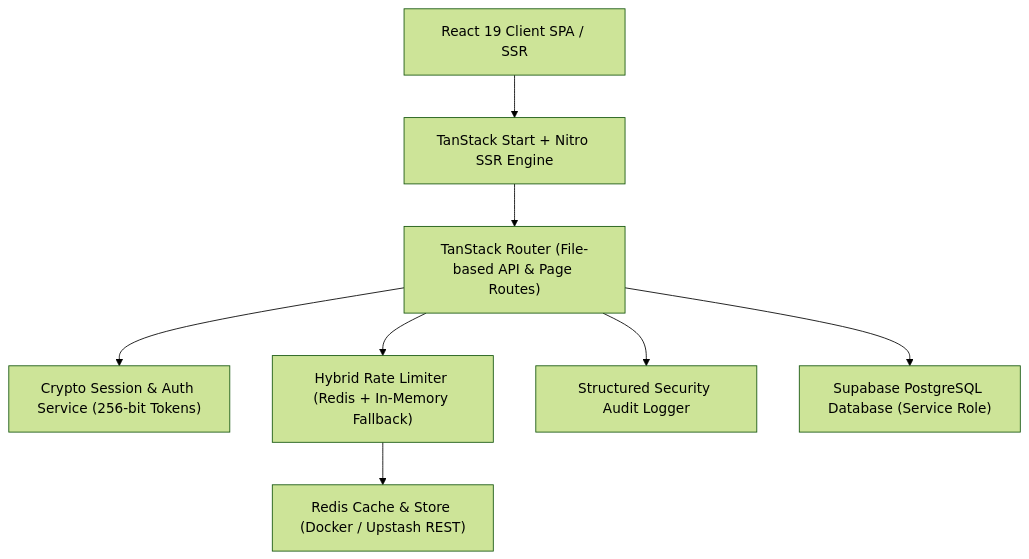
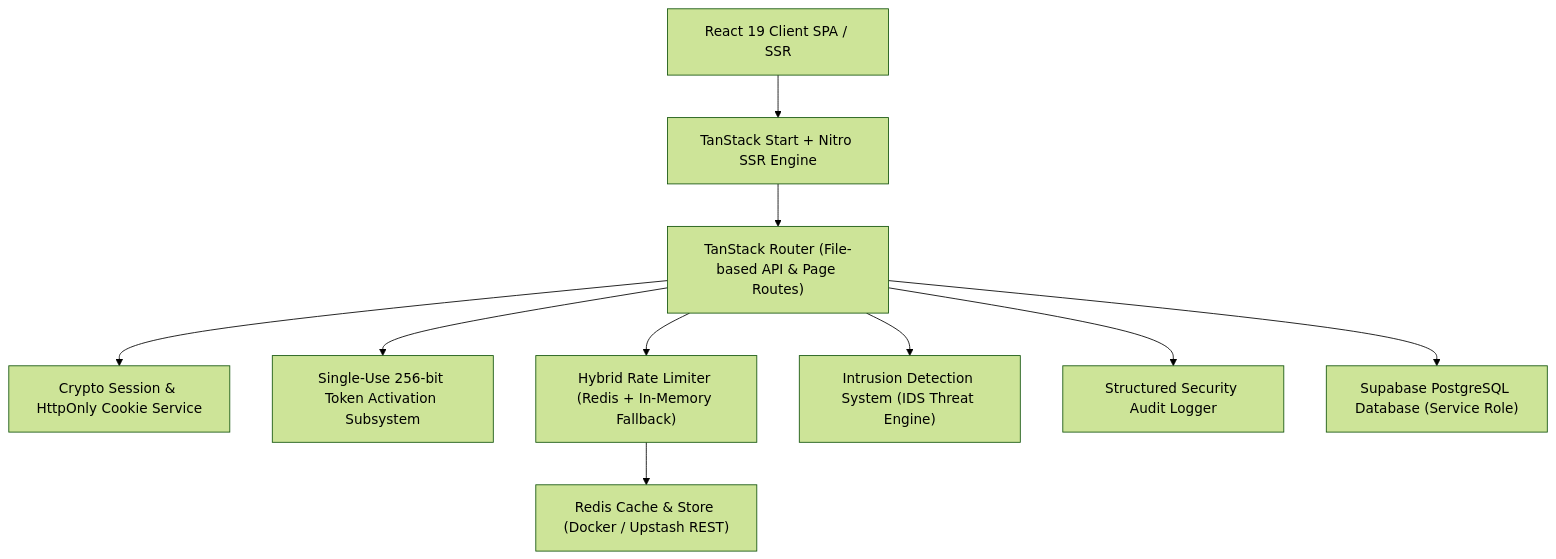
The diagram in README.md (Hellthefox808/NCC-CRM-V1.0), drawn with Mermaid (forest theme) before and after one commit. The commit also changed other lines of this file, not shown here.

Commit message:
docs: enhance README with identity activation, security hardening, and test metrics

````diff
--- a/README.md
+++ b/README.md
@@ -17,18 +18,22 @@
 ```mermaid
 graph TD
     CLIENT["React 19 Client SPA / SSR"]
     START["TanStack Start + Nitro SSR Engine"]
     ROUTER["TanStack Router (File-based API & Page Routes)"]
-    AUTH["Crypto Session & Auth Service (256-bit Tokens)"]
+    AUTH["Crypto Session & HttpOnly Cookie Service"]
+    ACTIVATION["Single-Use 256-bit Token Activation Subsystem"]
     LIMITER["Hybrid Rate Limiter (Redis + In-Memory Fallback)"]
+    IDS["Intrusion Detection System (IDS Threat Engine)"]
     REDIS["Redis Cache & Store (Docker / Upstash REST)"]
     AUDIT["Structured Security Audit Logger"]
     SUPABASE["Supabase PostgreSQL Database (Service Role)"]
 
     CLIENT --> START --> ROUTER
     ROUTER --> AUTH
+    ROUTER --> ACTIVATION
     ROUTER --> LIMITER
+    ROUTER --> IDS
     LIMITER --> REDIS
     ROUTER --> AUDIT
     ROUTER --> SUPABASE
 ```
````
